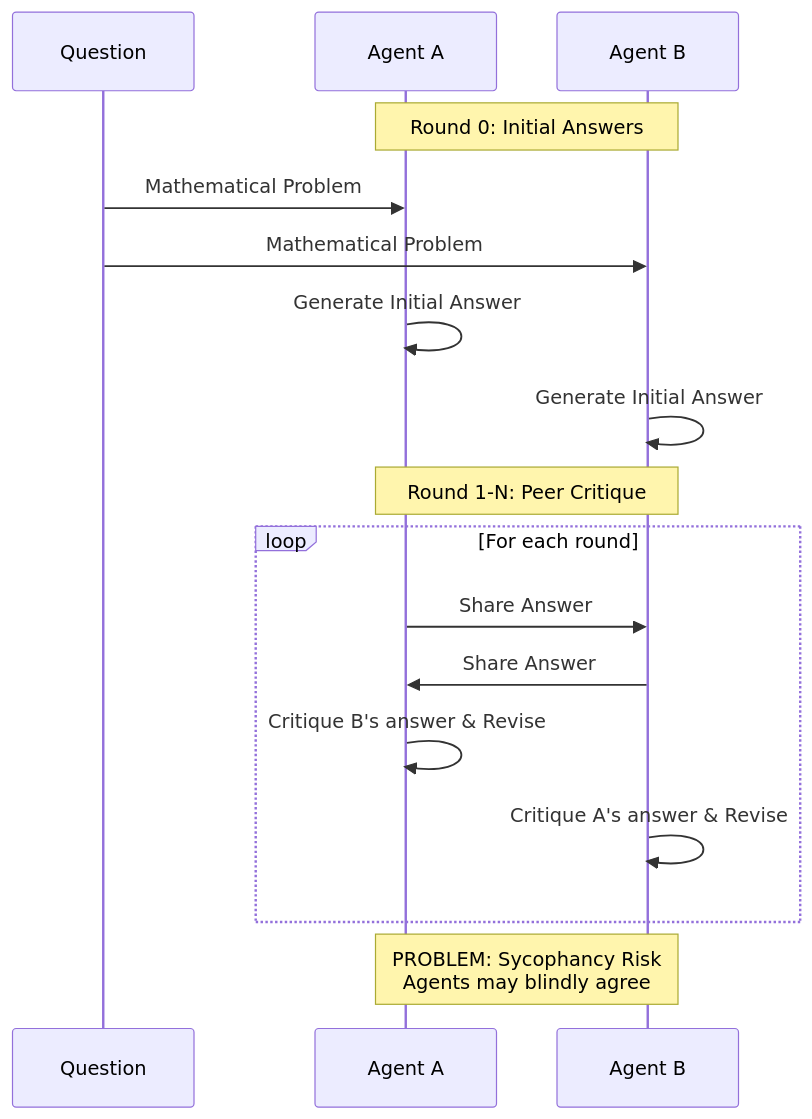
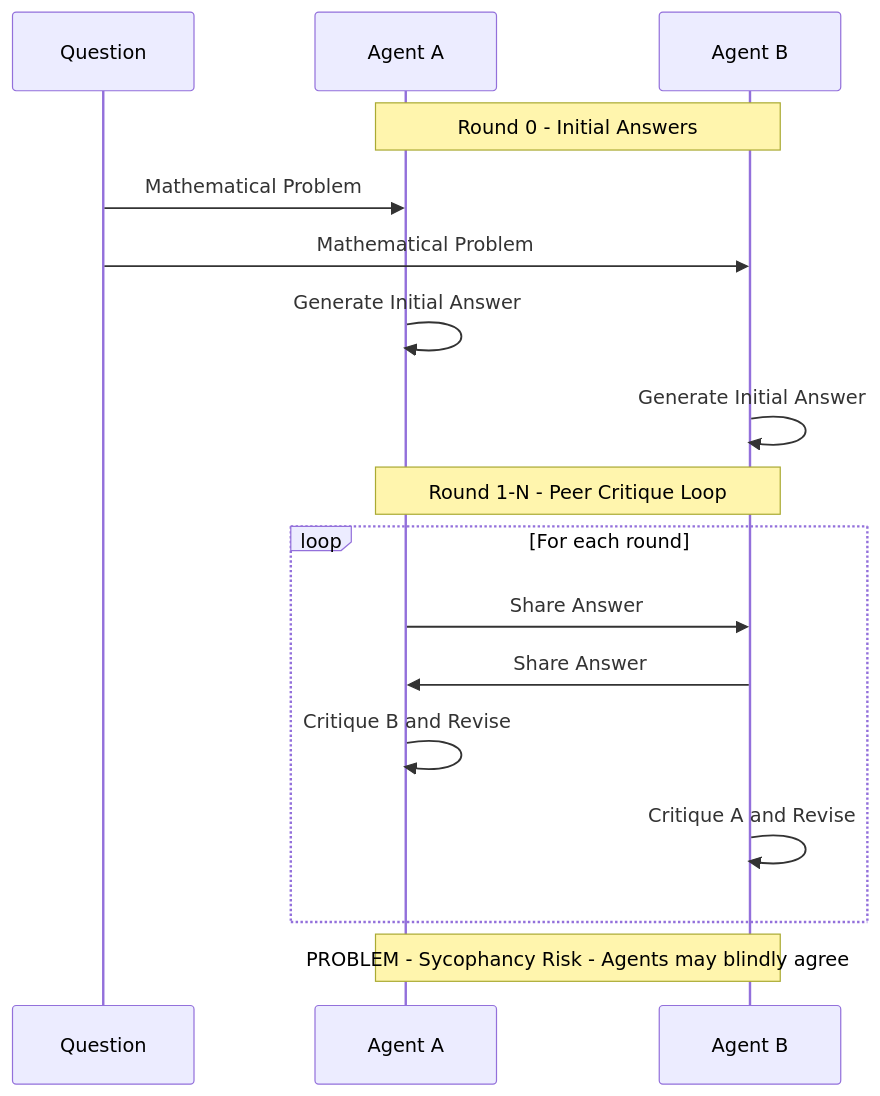
One commit to mikenk2010/COSC3009-Intelligent-Decision-Making-Advanced-IDM-Algorithm-Design changed the sixth of 22 diagrams in README.md. Above: the diagram before and after it, drawn with Mermaid. The commit also changed other lines of this file and 1 other file, not shown here.

````diff
--- a/README.md
+++ b/README.md
@@ -182,22 +265,22 @@
 ```mermaid
 sequenceDiagram
     participant Q as Question
     participant A as Agent A
     participant B as Agent B
 
-    Note over A,B: Round 0: Initial Answers
+    Note over A,B: Round 0 - Initial Answers
     Q->>A: Mathematical Problem
     Q->>B: Mathematical Problem
     A->>A: Generate Initial Answer
     B->>B: Generate Initial Answer
 
-    Note over A,B: Round 1-N: Peer Critique
+    Note over A,B: Round 1-N - Peer Critique Loop
     loop For each round
         A->>B: Share Answer
         B->>A: Share Answer
-        A->>A: Critique B's answer & Revise
-        B->>B: Critique A's answer & Revise
+        A->>A: Critique B and Revise
+        B->>B: Critique A and Revise
     end
 
-    Note over A,B: PROBLEM: Sycophancy Risk<br/>Agents may blindly agree
+    Note over A,B: PROBLEM - Sycophancy Risk - Agents may blindly agree
 ```
````
